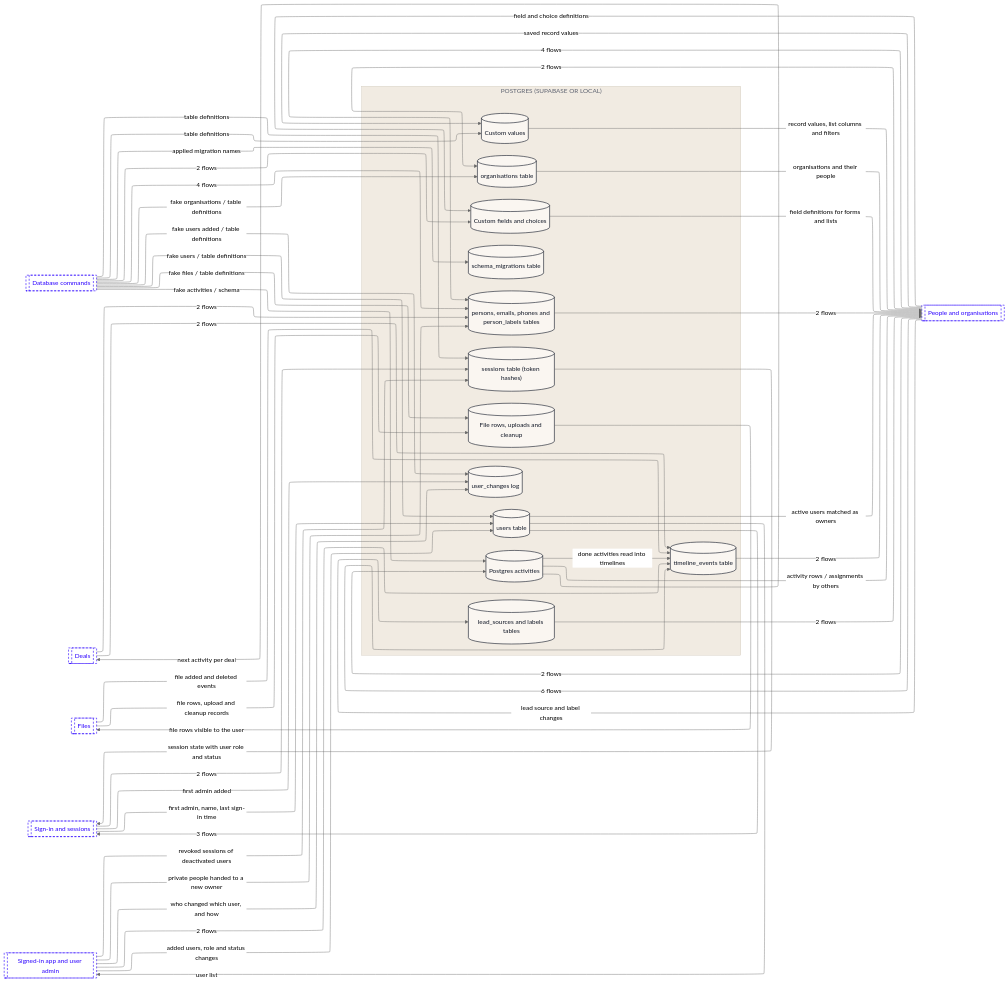
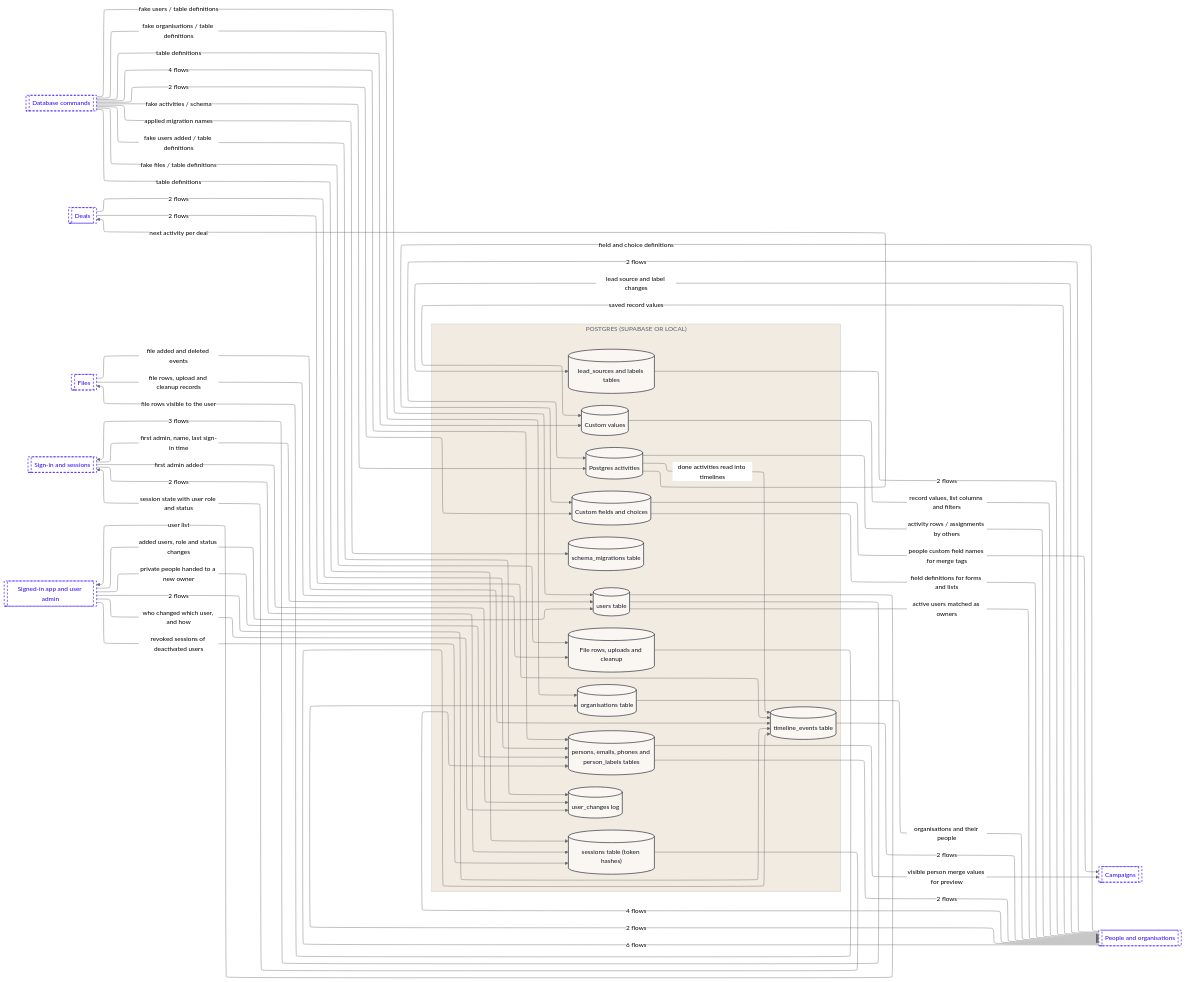
The fourth of 12 diagrams in dataflow/DATAFLOW.md (Romain-Perche/Barnacle-Pipe), drawn with Mermaid (neutral theme) before and after one commit. The commit also changed other lines of this file and 12 other files, not shown here.

````diff
--- a/dataflow/DATAFLOW.md
+++ b/dataflow/DATAFLOW.md
@@ -171,79 +217,82 @@
 ```mermaid
 ---
 config:
   layout: elk
 ---
 flowchart LR
     subgraph z1["POSTGRES (SUPABASE OR LOCAL)"]
         n1[("Postgres activities")]
         n2[("lead_sources and labels tables")]
         n3[("Custom fields and choices")]
         n4[("Custom values")]
         n5[("File rows, uploads and cleanup")]
         n6[("organisations table")]
         n7[("persons, emails, phones and person_labels tables")]
         n8[("schema_migrations table")]
         n9[("sessions table (token hashes)")]
         n10[("timeline_events table")]
         n11[("user_changes log")]
         n12[("users table")]
     end
-    n13[["Database commands"]]
-    n14[["Deals"]]
-    n15[["Files"]]
-    n16[["People and organisations"]]
-    n17[["Sign-in and sessions"]]
-    n18[["Signed-in app and user admin"]]
-    n16 -->|"2 flows"| n1
-    n16 -->|"4 flows"| n7
-    n1 -->|"activity rows / assignments by others"| n16
-    n1 -->|"next activity per deal"| n14
+    n13[["Campaigns"]]
+    n14[["Database commands"]]
+    n15[["Deals"]]
+    n16[["Files"]]
+    n17[["People and organisations"]]
+    n18[["Sign-in and sessions"]]
+    n19[["Signed-in app and user admin"]]
+    n17 -->|"2 flows"| n1
+    n17 -->|"4 flows"| n7
+    n1 -->|"activity rows / assignments by others"| n17
+    n1 -->|"next activity per deal"| n15
     n1 -->|"done activities read into timelines"| n10
-    n16 -->|"lead source and label changes"| n2
-    n2 -->|"2 flows"| n16
-    n17 -->|"2 flows"| n9
-    n17 -->|"first admin added"| n11
-    n17 -->|"first admin, name, last sign-in time"| n12
-    n16 -->|"2 flows"| n6
-    n16 -->|"6 flows"| n10
-    n16 -->|"field and choice definitions"| n3
-    n16 -->|"saved record values"| n4
-    n3 -->|"field definitions for forms and lists"| n16
-    n4 -->|"record values, list columns and filters"| n16
-    n14 -->|"2 flows"| n7
-    n14 -->|"2 flows"| n10
-    n15 -->|"file rows, upload and cleanup records"| n5
-    n15 -->|"file added and deleted events"| n10
-    n5 -->|"file rows visible to the user"| n15
-    n13 -->|"fake activities / schema"| n1
-    n13 -->|"2 flows"| n3
-    n13 -->|"table definitions"| n4
-    n13 -->|"fake files / table definitions"| n5
-    n13 -->|"fake organisations / table definitions"| n6
-    n13 -->|"4 flows"| n7
-    n13 -->|"applied migration names"| n8
-    n13 -->|"table definitions"| n9
-    n13 -->|"fake users added / table definitions"| n11
-    n13 -->|"fake users / table definitions"| n12
-    n6 -->|"organisations and their people"| n16
-    n7 -->|"2 flows"| n16
-    n9 -->|"session state with user role and status"| n17
-    n10 -->|"2 flows"| n16
-    n18 -->|"private people handed to a new owner"| n7
-    n18 -->|"revoked sessions of deactivated users"| n9
-    n18 -->|"2 flows"| n10
-    n18 -->|"who changed which user, and how"| n11
-    n18 -->|"added users, role and status changes"| n12
-    n12 -->|"3 flows"| n17
-    n12 -->|"active users matched as owners"| n16
-    n12 -->|"user list"| n18
+    n17 -->|"lead source and label changes"| n2
+    n2 -->|"2 flows"| n17
+    n18 -->|"2 flows"| n9
+    n18 -->|"first admin added"| n11
+    n18 -->|"first admin, name, last sign-in time"| n12
+    n17 -->|"2 flows"| n6
+    n17 -->|"6 flows"| n10
+    n17 -->|"field and choice definitions"| n3
+    n17 -->|"saved record values"| n4
+    n3 -->|"people custom field names for merge tags"| n13
+    n3 -->|"field definitions for forms and lists"| n17
+    n4 -->|"record values, list columns and filters"| n17
+    n15 -->|"2 flows"| n7
+    n15 -->|"2 flows"| n10
+    n16 -->|"file rows, upload and cleanup records"| n5
+    n16 -->|"file added and deleted events"| n10
+    n5 -->|"file rows visible to the user"| n16
+    n14 -->|"fake activities / schema"| n1
+    n14 -->|"2 flows"| n3
+    n14 -->|"table definitions"| n4
+    n14 -->|"fake files / table definitions"| n5
+    n14 -->|"fake organisations / table definitions"| n6
+    n14 -->|"4 flows"| n7
+    n14 -->|"applied migration names"| n8
+    n14 -->|"table definitions"| n9
+    n14 -->|"fake users added / table definitions"| n11
+    n14 -->|"fake users / table definitions"| n12
+    n6 -->|"organisations and their people"| n17
+    n7 -->|"2 flows"| n17
+    n7 -->|"visible person merge values for preview"| n13
+    n9 -->|"session state with user role and status"| n18
+    n10 -->|"2 flows"| n17
+    n19 -->|"private people handed to a new owner"| n7
+    n19 -->|"revoked sessions of deactivated users"| n9
+    n19 -->|"2 flows"| n10
+    n19 -->|"who changed which user, and how"| n11
+    n19 -->|"added users, role and status changes"| n12
+    n12 -->|"3 flows"| n18
+    n12 -->|"active users matched as owners"| n17
+    n12 -->|"user list"| n19
     classDef actor fill:#FFFFFF,stroke:#111827,stroke-width:1px,color:#111827
     classDef process fill:#EDEAFF,stroke:#2B00FF,stroke-width:1.5px,color:#111827
     classDef store fill:#FAF6F1,stroke:#111827,stroke-width:1.5px,color:#111827
     classDef zone fill:#1A1A1A,stroke:#1A1A1A,color:#FFFFFF
     classDef group fill:#2B00FF,stroke:#2B00FF,color:#FFFFFF
     classDef stub fill:#FFFFFF,stroke:#2B00FF,stroke-width:1.5px,stroke-dasharray:5 4,color:#2B00FF
     class n1,n2,n3,n4,n5,n6,n7,n8,n9,n10,n11,n12 store
-    class n13,n14,n15,n16,n17,n18 stub
+    class n13,n14,n15,n16,n17,n18,n19 stub
     style z1 fill:#F1EBE2,stroke:#CFC7BB,color:#5D6270
 ```
````
